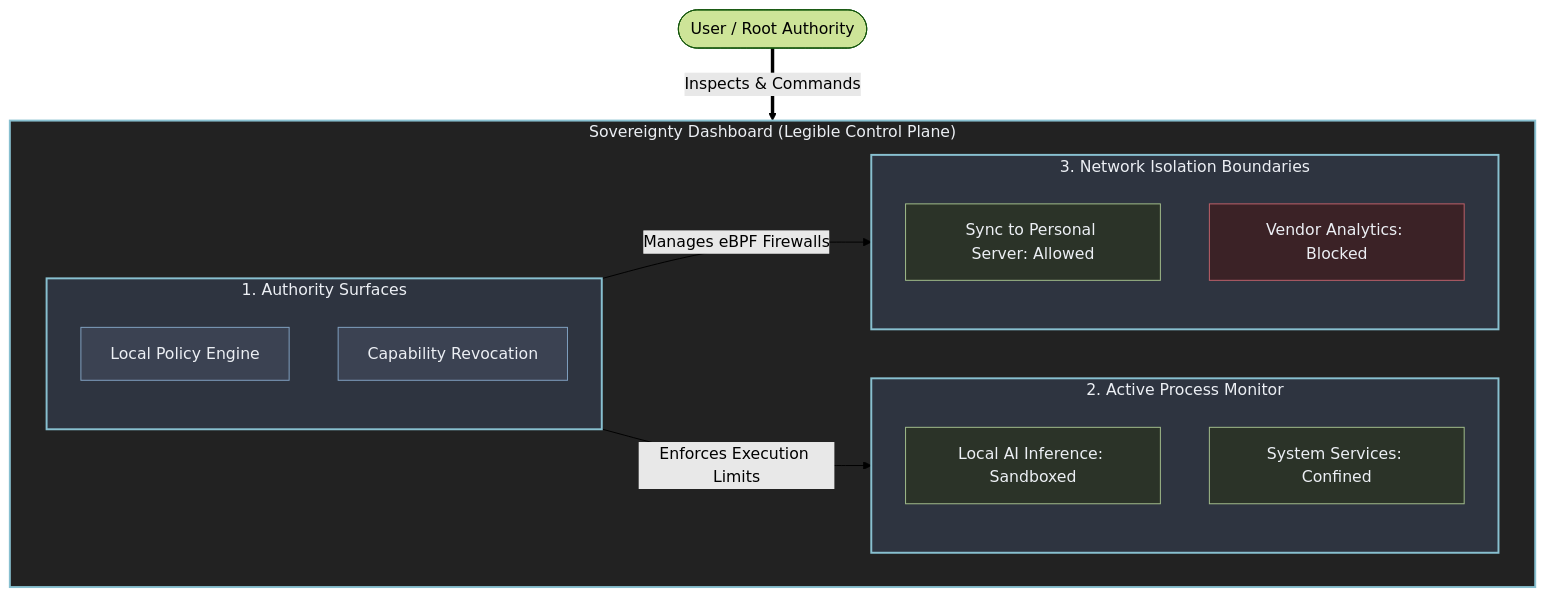
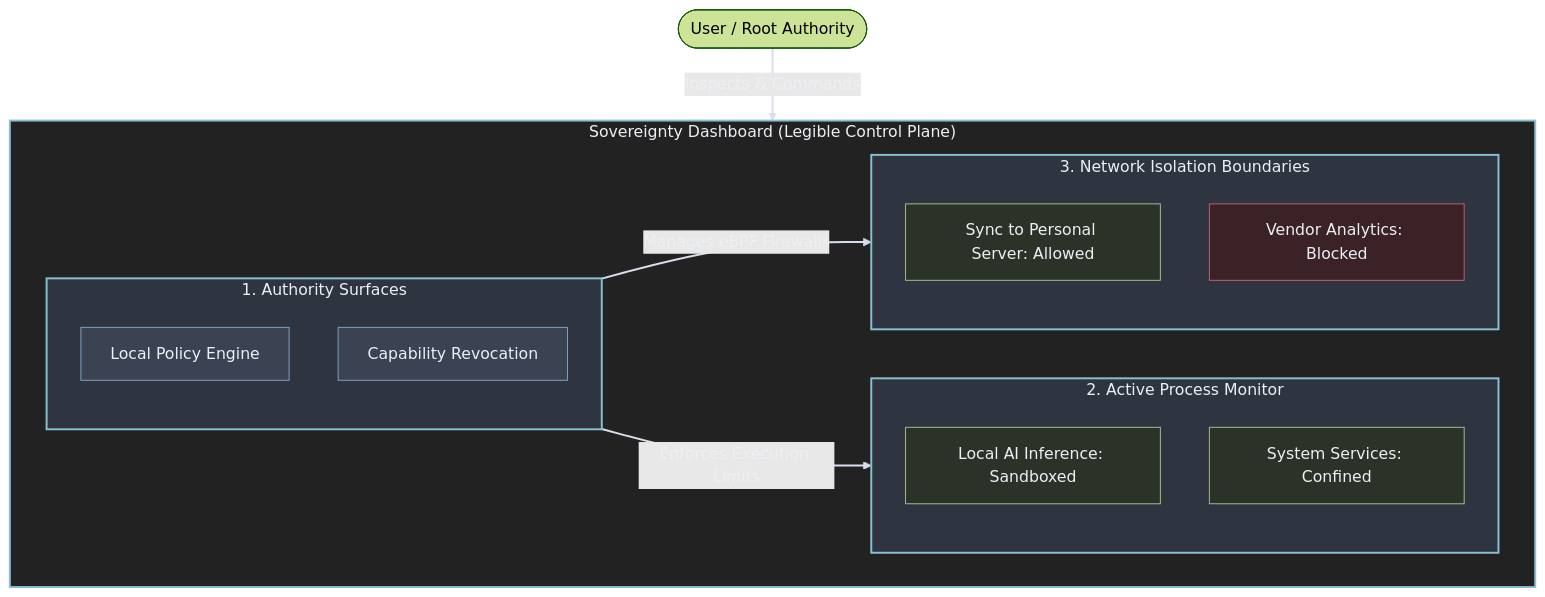
The third of 4 diagrams in blog/content/divulgation/digital-sovereignty-architecture.md (FreeOSme/web), drawn with Mermaid (forest theme) before and after one commit. The commit also changed other lines of this file and 20 other files, not shown here.

````diff
--- a/blog/content/divulgation/digital-sovereignty-architecture.md
+++ b/blog/content/divulgation/digital-sovereignty-architecture.md
@@ -161,40 +171,43 @@
 ```mermaid
 flowchart TB
     %% Definición de estilos
     classDef dashboard fill:#2e3440,stroke:#88c0d0,stroke-width:2px,color:#eceff4
     classDef module fill:#3b4252,stroke:#81a1c1,stroke-width:1px,color:#eceff4
     classDef safe fill:#2b3328,stroke:#a3be8c,stroke-width:1px,color:#eceff4
     classDef alert fill:#3b2226,stroke:#bf616a,stroke-width:1px,color:#eceff4
+
+    %% Forzar flechas y texto de flechas a colores claros para modo oscuro
+    linkStyle default stroke:#d8dee9,stroke-width:2px,color:#eceff4
 
     User([User / Root Authority]) ==>|Inspects & Commands| Dash
 
     subgraph Dash ["Sovereignty Dashboard (Legible Control Plane)"]
         direction LR
         
         subgraph Auth ["1. Authority Surfaces"]
             direction TB
             P1[Local Policy Engine]:::module
             P2[Capability Revocation]:::module
         end
 
         subgraph Proc ["2. Active Process Monitor"]
             direction TB
             M1[Local AI Inference: Sandboxed]:::safe
             M2[System Services: Confined]:::safe
         end
 
         subgraph Net ["3. Network Isolation Boundaries"]
             direction TB
             N1[Sync to Personal Server: Allowed]:::safe
             N2[Vendor Analytics: Blocked]:::alert
         end
         
         Auth -->|Enforces Execution Limits| Proc
         Auth -->|Manages eBPF Firewalls| Net
     end
     
     style Auth fill:#2e3440,stroke:#88c0d0,stroke-width:2px,color:#eceff4
     style Proc fill:#2e3440,stroke:#88c0d0,stroke-width:2px,color:#eceff4
     style Net fill:#2e3440,stroke:#88c0d0,stroke-width:2px,color:#eceff4
     style Dash fill:#222,stroke:#88c0d0,stroke-width:2px,color:#eceff4
 ```
````
